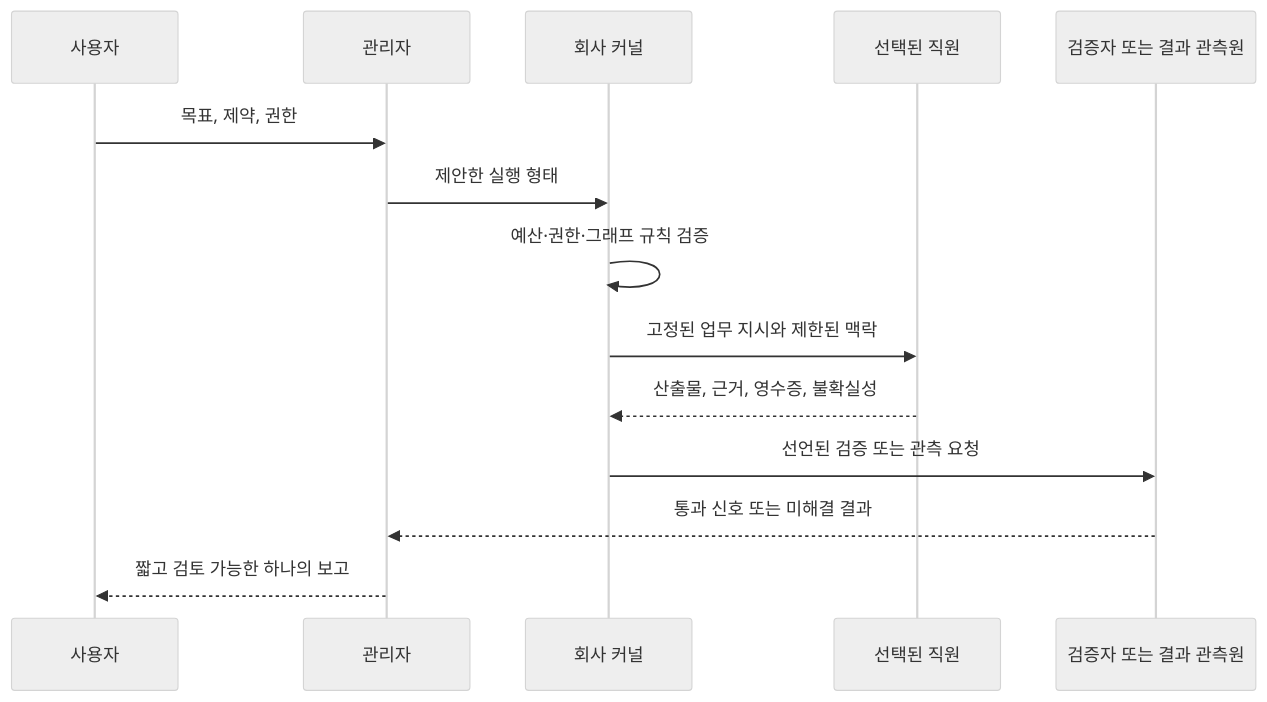
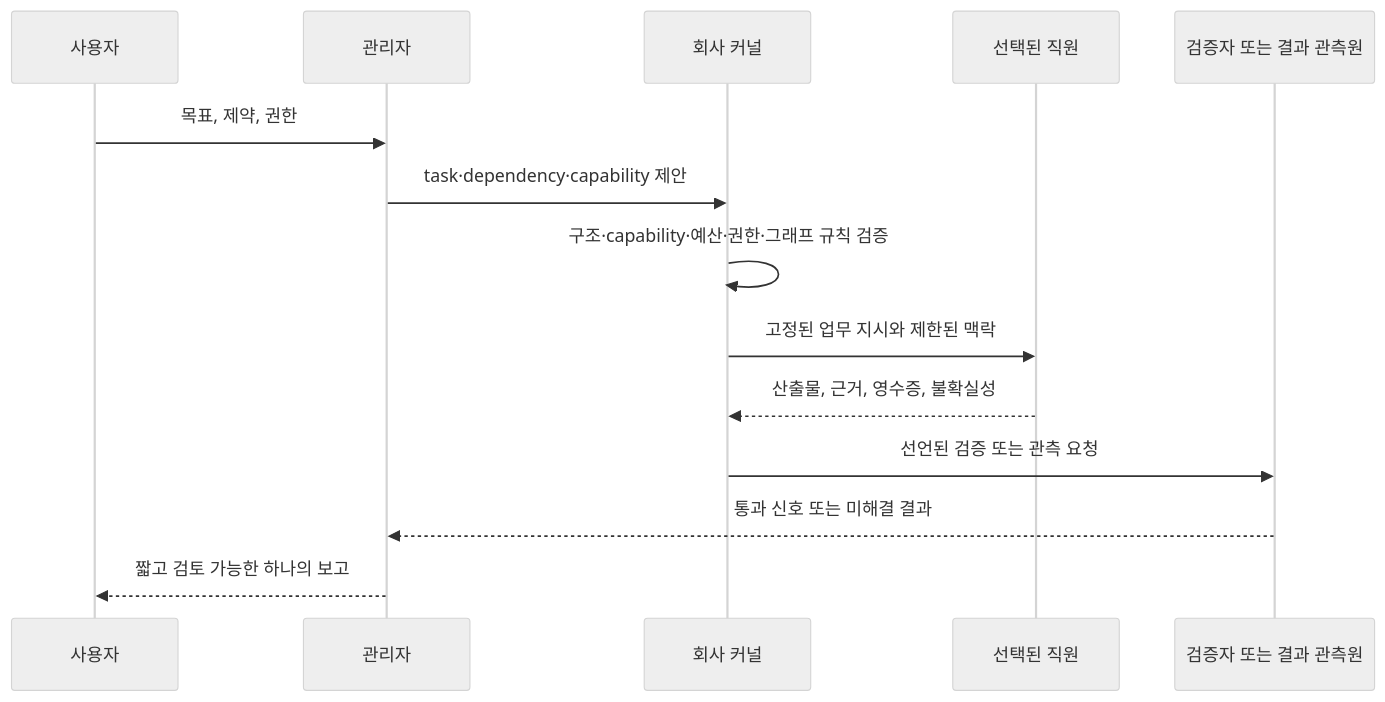
The second of 3 diagrams in docs/ko/01-dynamic-firm-runtime.md (j6t22t4gy4-spec/noruct), drawn with Mermaid (neutral theme) before and after one commit. The commit also changed other lines of this file and 5 other files, not shown here.

````diff
--- a/docs/ko/01-dynamic-firm-runtime.md
+++ b/docs/ko/01-dynamic-firm-runtime.md
@@ -80,16 +88,16 @@
 ```mermaid
 sequenceDiagram
   participant U as 사용자
   participant M as 관리자
   participant K as 회사 커널
   participant E as 선택된 직원
   participant V as 검증자 또는 결과 관측원
   U->>M: 목표, 제약, 권한
-  M->>K: 제안한 실행 형태
-  K->>K: 예산·권한·그래프 규칙 검증
+  M->>K: task·dependency·capability 제안
+  K->>K: 구조·capability·예산·권한·그래프 규칙 검증
   K->>E: 고정된 업무 지시와 제한된 맥락
   E-->>K: 산출물, 근거, 영수증, 불확실성
   K->>V: 선언된 검증 또는 관측 요청
   V-->>M: 통과 신호 또는 미해결 결과
   M-->>U: 짧고 검토 가능한 하나의 보고
 ```
````
